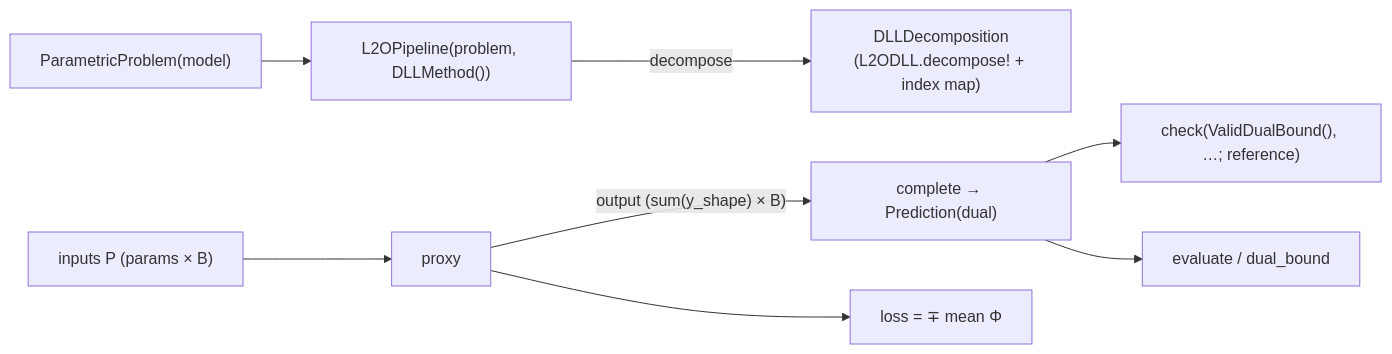
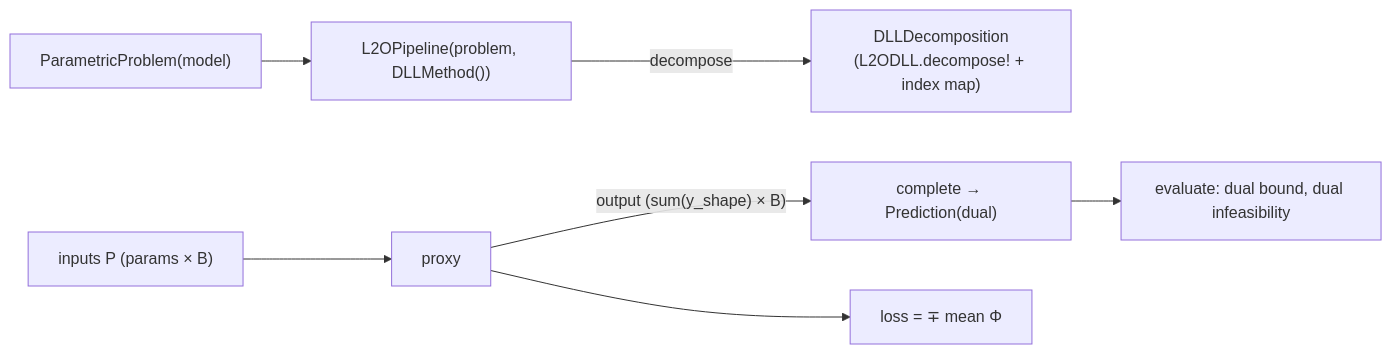
One commit to LearningToOptimize/L2ODLL.jl changed the diagram in docs/src/guide/l2ocore.md. Above: the diagram before and after it, drawn with Mermaid. The commit also changed other lines of this file and 6 other files, not shown here.

````diff
--- a/docs/src/guide/l2ocore.md
+++ b/docs/src/guide/l2ocore.md
@@ -14,10 +14,9 @@
 ```mermaid
 flowchart LR
     PP["ParametricProblem(model)"] --> PIPE["L2OPipeline(problem, DLLMethod())"]
     PIPE -->|"decompose"| DEC["DLLDecomposition<br/>(L2ODLL.decompose! + index map)"]
     X["inputs P (params × B)"] --> NN["proxy"]
     NN -->|"output (sum(y_shape) × B)"| COMP["complete → Prediction(dual)"]
     NN --> LOSS["loss = ∓ mean Φ"]
-    COMP --> CHK["check(ValidDualBound(), …; reference)"]
-    COMP --> EV["evaluate / dual_bound"]
+    COMP --> EV["evaluate: dual bound, dual infeasibility"]
 ```
````
